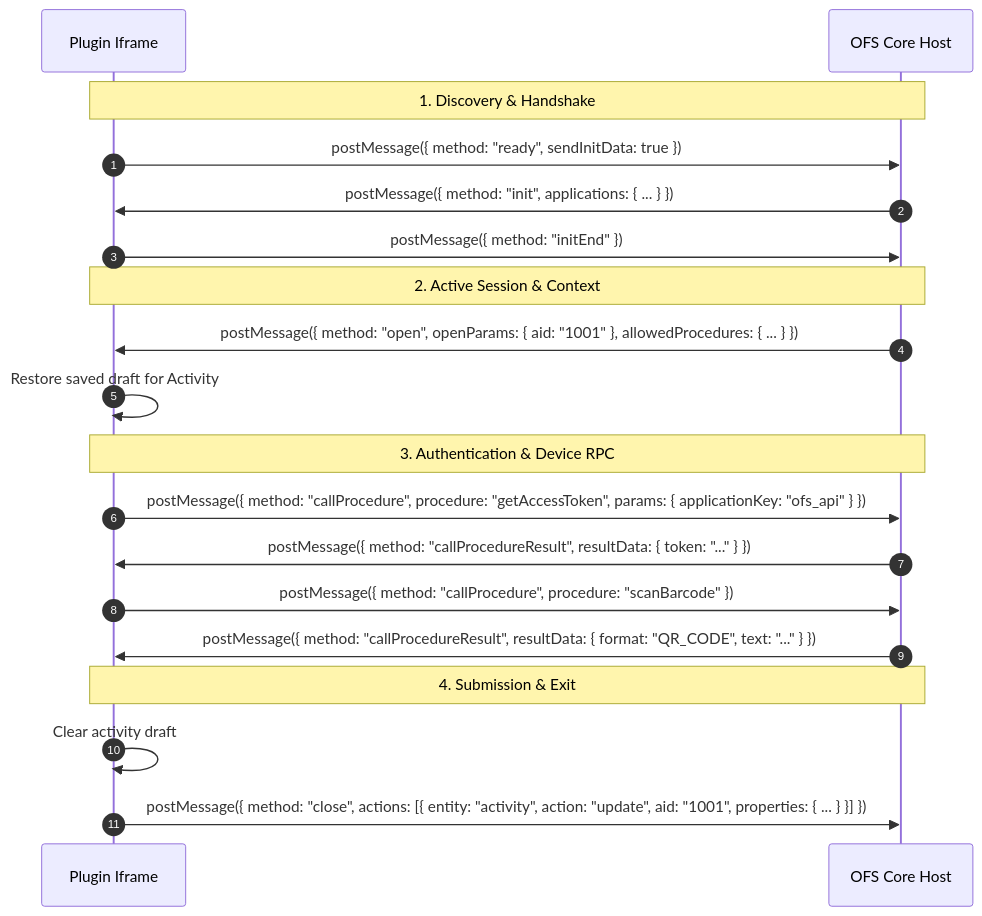
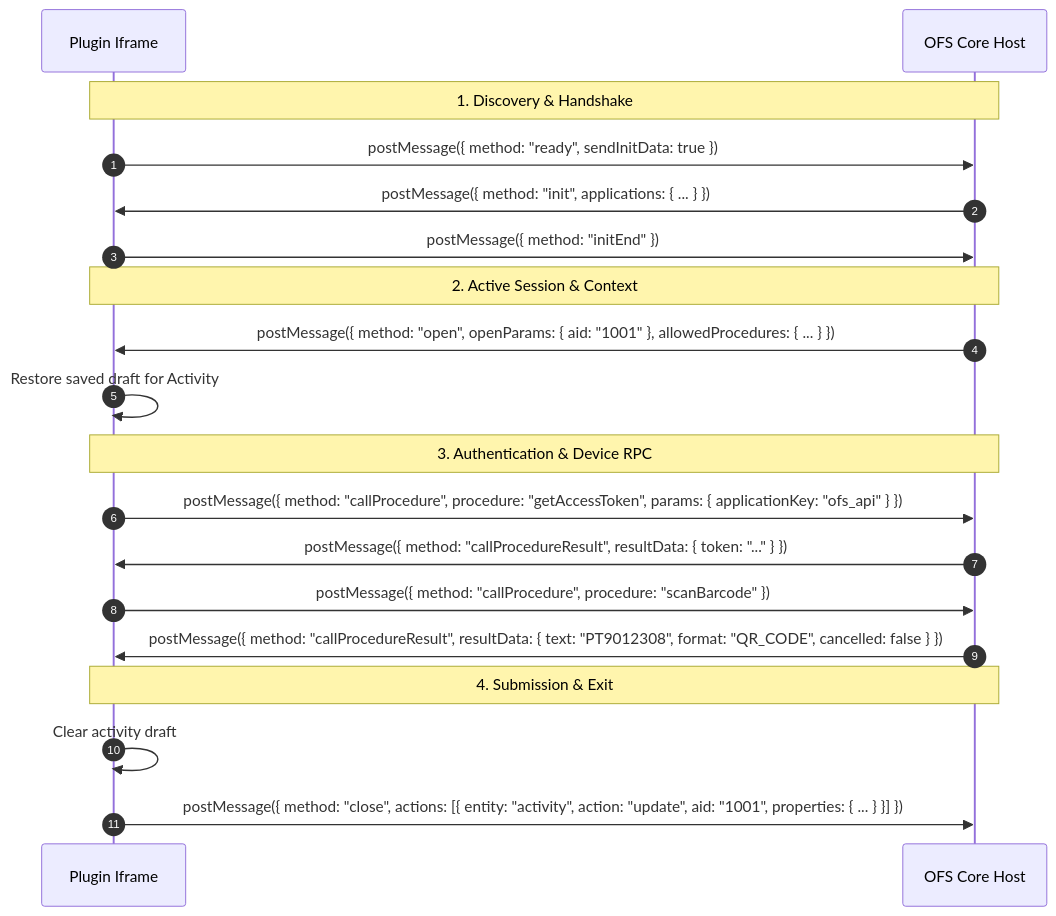
Before and after one commit to saikumargudelly/oracle-field-service-plugin-template: the diagram in README.md, drawn with Mermaid. The commit also changed other lines of this file and 5 other files, not shown here.

Commit message:
Release v1.0.1: Validate message source window, correct barcode contract to text/format/cancelled, and update test suite

````diff
--- a/README.md
+++ b/README.md
@@ -52,25 +52,25 @@
 ```mermaid
 sequenceDiagram
     autonumber
     participant P as Plugin Iframe
     participant H as OFS Core Host
 
     Note over P,H: 1. Discovery & Handshake
     P->>H: postMessage({ method: "ready", sendInitData: true })
     H->>P: postMessage({ method: "init", applications: { ... } })
     P->>H: postMessage({ method: "initEnd" })
 
     Note over P,H: 2. Active Session & Context
     H->>P: postMessage({ method: "open", openParams: { aid: "1001" }, allowedProcedures: { ... } })
     P->>P: Restore saved draft for Activity #1001
 
     Note over P,H: 3. Authentication & Device RPC
     P->>H: postMessage({ method: "callProcedure", procedure: "getAccessToken", params: { applicationKey: "ofs_api" } })
     H->>P: postMessage({ method: "callProcedureResult", resultData: { token: "..." } })
     P->>H: postMessage({ method: "callProcedure", procedure: "scanBarcode" })
-    H->>P: postMessage({ method: "callProcedureResult", resultData: { format: "QR_CODE", text: "..." } })
+    H->>P: postMessage({ method: "callProcedureResult", resultData: { text: "PT9012308", format: "QR_CODE", cancelled: false } })
 
     Note over P,H: 4. Submission & Exit
     P->>P: Clear activity draft
     P->>H: postMessage({ method: "close", actions: [{ entity: "activity", action: "update", aid: "1001", properties: { ... } }] })
 ```
````
